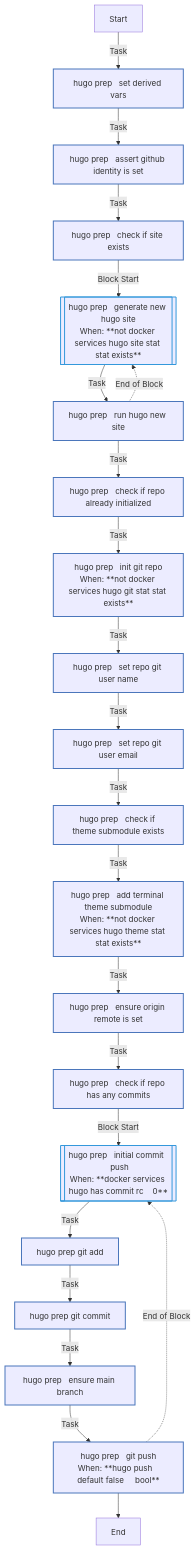
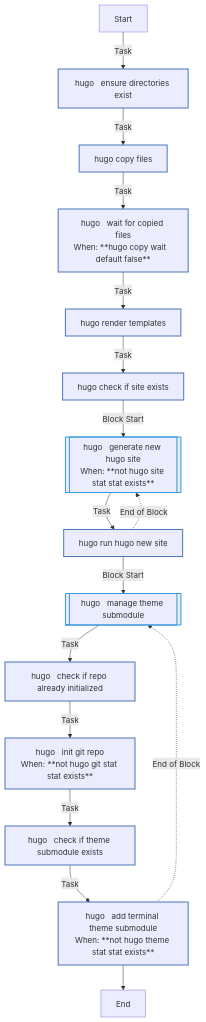
Before and after one commit to Lebowski89/homelab: the diagram in ansible/roles/hugo/README.md, drawn with Mermaid. The commit also changed other lines of this file, not shown here.

````diff
--- a/ansible/roles/hugo/README.md
+++ b/ansible/roles/hugo/README.md
@@ -61,34 +116,28 @@
 ```mermaid
 flowchart TD
 Start
 classDef block stroke:#3498db,stroke-width:2px;
 classDef task stroke:#4b76bb,stroke-width:2px;
 classDef includeTasks stroke:#16a085,stroke-width:2px;
 classDef importTasks stroke:#34495e,stroke-width:2px;
 classDef includeRole stroke:#2980b9,stroke-width:2px;
 classDef importRole stroke:#699ba7,stroke-width:2px;
 classDef includeVars stroke:#8e44ad,stroke-width:2px;
 classDef rescue stroke:#665352,stroke-width:2px;
 
-  Start-->|Task| Hugo_prep___Set_derived_vars0[hugo prep   set derived vars]:::task
-  Hugo_prep___Set_derived_vars0-->|Task| Hugo_prep___Assert_GitHub_identity_is_set1[hugo prep   assert github identity is set]:::task
-  Hugo_prep___Assert_GitHub_identity_is_set1-->|Task| Hugo_prep___Check_if_site_exists2[hugo prep   check if site exists]:::task
-  Hugo_prep___Check_if_site_exists2-->|Block Start| Hugo_prep___Generate_new_Hugo_site3_block_start_0[[hugo prep   generate new hugo site<br>When: **not docker services hugo site stat stat exists**]]:::block
-  Hugo_prep___Generate_new_Hugo_site3_block_start_0-->|Task| Hugo_prep___Run_hugo_new_site0[hugo prep   run hugo new site]:::task
-  Hugo_prep___Run_hugo_new_site0-.->|End of Block| Hugo_prep___Generate_new_Hugo_site3_block_start_0
-  Hugo_prep___Run_hugo_new_site0-->|Task| Hugo_prep___Check_if_repo_already_initialized4[hugo prep   check if repo already initialized]:::task
-  Hugo_prep___Check_if_repo_already_initialized4-->|Task| Hugo_prep___Init_git_repo5[hugo prep   init git repo<br>When: **not docker services hugo git stat stat exists**]:::task
-  Hugo_prep___Init_git_repo5-->|Task| Hugo_prep___Set_repo_git_user_name6[hugo prep   set repo git user name]:::task
-  Hugo_prep___Set_repo_git_user_name6-->|Task| Hugo_prep___Set_repo_git_user_email7[hugo prep   set repo git user email]:::task
-  Hugo_prep___Set_repo_git_user_email7-->|Task| Hugo_prep___Check_if_theme_submodule_exists8[hugo prep   check if theme submodule exists]:::task
-  Hugo_prep___Check_if_theme_submodule_exists8-->|Task| Hugo_prep___Add_Terminal_theme_submodule9[hugo prep   add terminal theme submodule<br>When: **not docker services hugo theme stat stat exists**]:::task
-  Hugo_prep___Add_Terminal_theme_submodule9-->|Task| Hugo_prep___Ensure_origin_remote_is_set10[hugo prep   ensure origin remote is set]:::task
-  Hugo_prep___Ensure_origin_remote_is_set10-->|Task| Hugo_prep___Check_if_repo_has_any_commits11[hugo prep   check if repo has any commits]:::task
-  Hugo_prep___Check_if_repo_has_any_commits11-->|Block Start| Hugo_prep___Initial_commit___push12_block_start_0[[hugo prep   initial commit   push<br>When: **docker services hugo has commit rc    0**]]:::block
-  Hugo_prep___Initial_commit___push12_block_start_0-->|Task| Hugo_prep___git_add0[hugo prep   git add]:::task
-  Hugo_prep___git_add0-->|Task| Hugo_prep___git_commit1[hugo prep   git commit]:::task
-  Hugo_prep___git_commit1-->|Task| Hugo_prep___Ensure_main_branch2[hugo prep   ensure main branch]:::task
-  Hugo_prep___Ensure_main_branch2-->|Task| Hugo_prep___git_push3[hugo prep   git push<br>When: **hugo push   default false     bool**]:::task
-  Hugo_prep___git_push3-.->|End of Block| Hugo_prep___Initial_commit___push12_block_start_0
-  Hugo_prep___git_push3-->End
+  Start-->|Task| Hugo___Ensure_directories_exist0[hugo   ensure directories exist]:::task
+  Hugo___Ensure_directories_exist0-->|Task| Hugo___Copy_files1[hugo   copy files]:::task
+  Hugo___Copy_files1-->|Task| Hugo___Wait_for_copied_files2[hugo   wait for copied files<br>When: **hugo copy wait   default false**]:::task
+  Hugo___Wait_for_copied_files2-->|Task| Hugo___Render_templates3[hugo   render templates]:::task
+  Hugo___Render_templates3-->|Task| Hugo___Check_if_site_exists4[hugo   check if site exists]:::task
+  Hugo___Check_if_site_exists4-->|Block Start| Hugo___Generate_new_Hugo_site5_block_start_0[[hugo   generate new hugo site<br>When: **not hugo site stat stat exists**]]:::block
+  Hugo___Generate_new_Hugo_site5_block_start_0-->|Task| Hugo___Run_hugo_new_site0[hugo   run hugo new site]:::task
+  Hugo___Run_hugo_new_site0-.->|End of Block| Hugo___Generate_new_Hugo_site5_block_start_0
+  Hugo___Run_hugo_new_site0-->|Block Start| Hugo___Manage_theme_submodule6_block_start_0[[hugo   manage theme submodule]]:::block
+  Hugo___Manage_theme_submodule6_block_start_0-->|Task| Hugo___Check_if_repo_already_initialized0[hugo   check if repo already initialized]:::task
+  Hugo___Check_if_repo_already_initialized0-->|Task| Hugo___Init_git_repo1[hugo   init git repo<br>When: **not hugo git stat stat exists**]:::task
+  Hugo___Init_git_repo1-->|Task| Hugo___Check_if_theme_submodule_exists2[hugo   check if theme submodule exists]:::task
+  Hugo___Check_if_theme_submodule_exists2-->|Task| Hugo___Add_Terminal_theme_submodule3[hugo   add terminal theme submodule<br>When: **not hugo theme stat stat exists**]:::task
+  Hugo___Add_Terminal_theme_submodule3-.->|End of Block| Hugo___Manage_theme_submodule6_block_start_0
+  Hugo___Add_Terminal_theme_submodule3-->End
 ```
````
